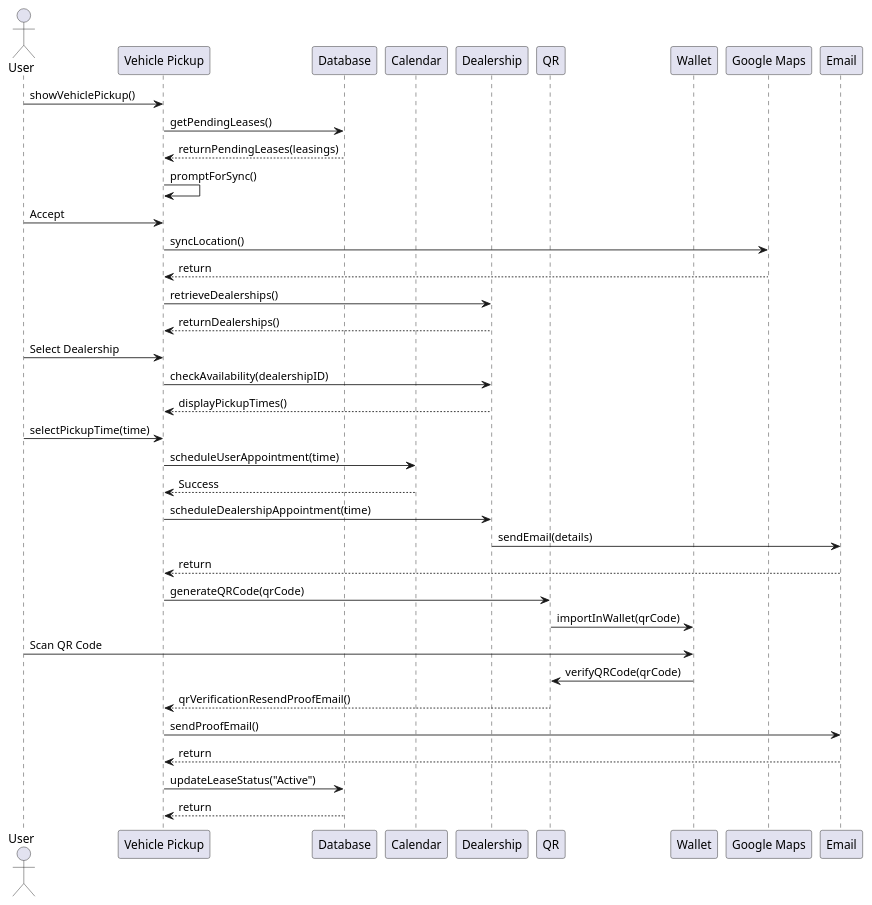
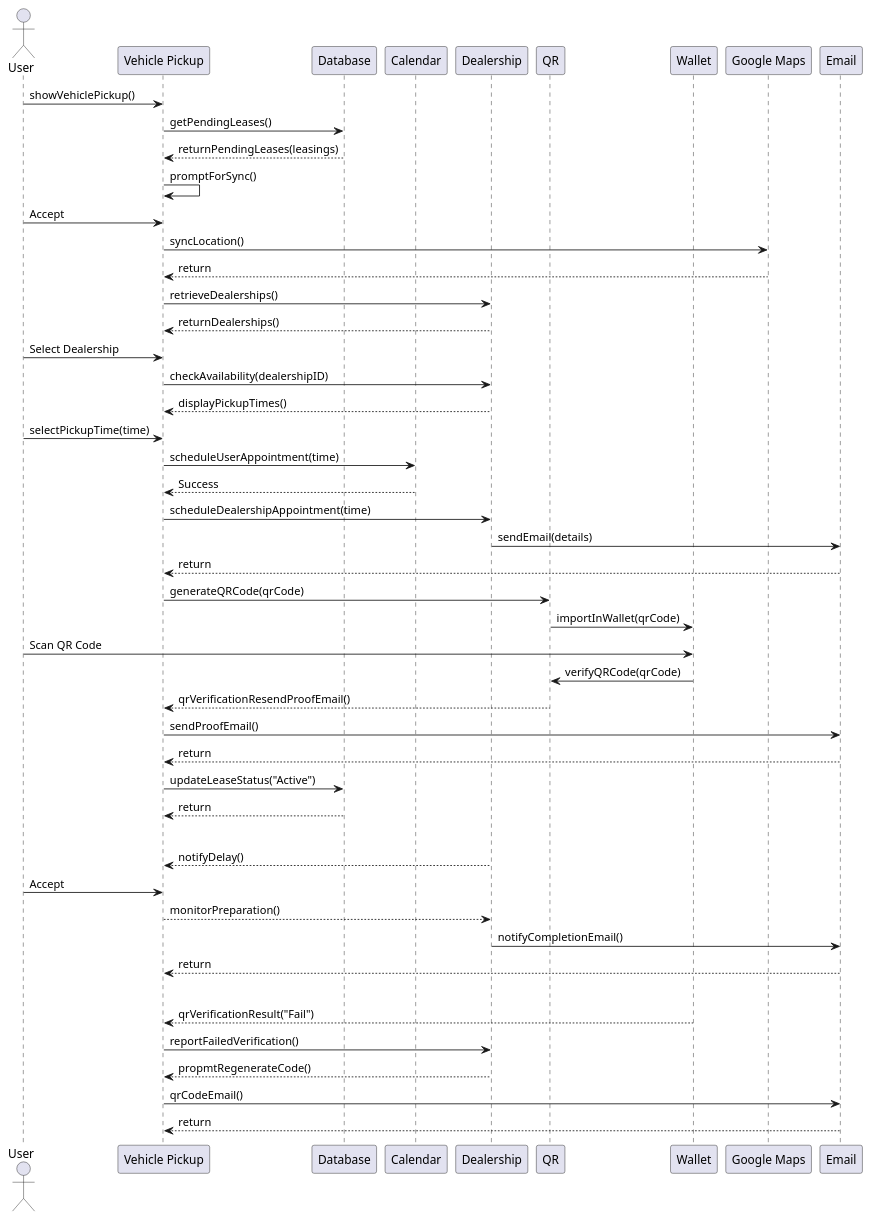
One commit to ChristineGi/LeaseIt changed the diagram in Code/LeaseIT/src/use case 2.puml. Above: the diagram before and after it, drawn with PlantUML. The commit also changed 6 other files, not shown here.

```diff
--- a/Code/LeaseIT/src/use case 2.puml
+++ b/Code/LeaseIT/src/use case 2.puml
@@ -1,40 +1,57 @@
 @startuml
 actor User
 participant "Vehicle Pickup" as VP
 participant Database
 participant Calendar
 participant Dealership
 participant QR
 participant Wallet
 participant "Google Maps" as GM
 participant Email
 
 User -> VP : showVehiclePickup()
 VP -> Database : getPendingLeases()
 Database --> VP : returnPendingLeases(leasings)
 VP -> VP : promptForSync()
 User -> VP : Accept
 VP -> GM : syncLocation()
 GM --> VP : return
 VP -> Dealership : retrieveDealerships()
 Dealership --> VP : returnDealerships()
 User -> VP : Select Dealership
 VP -> Dealership : checkAvailability(dealershipID)
 Dealership --> VP : displayPickupTimes()
 User -> VP : selectPickupTime(time)
 VP -> Calendar : scheduleUserAppointment(time)
 Calendar --> VP : Success
 VP -> Dealership :scheduleDealershipAppointment(time)
 Dealership -> Email: sendEmail(details)
 Email --> VP : return
 VP -> QR : generateQRCode(qrCode)
 QR -> Wallet : importInWallet(qrCode)
 User -> Wallet : Scan QR Code
 Wallet -> QR : verifyQRCode(qrCode)
 QR --> VP: qrVerificationResendProofEmail()
 VP -> Email :sendProofEmail()
 Email --> VP : return
 VP -> Database : updateLeaseStatus("Active")
 Database --> VP : return
 
+
+alt after check availabilty on Dealeship
+Dealership --> VP: notifyDelay()
+User -> VP : Accept
+VP --> Dealership : monitorPreparation()
+Dealership -> Email : notifyCompletionEmail()
+Email --> VP : return
+
+alt Broken qr code
+Wallet --> VP: qrVerificationResult("Fail")
+VP -> Dealership: reportFailedVerification()
+Dealership --> VP: propmtRegenerateCode()
+VP -> Email : qrCodeEmail()
+Email --> VP : return
+
+
+
 @enduml
```
